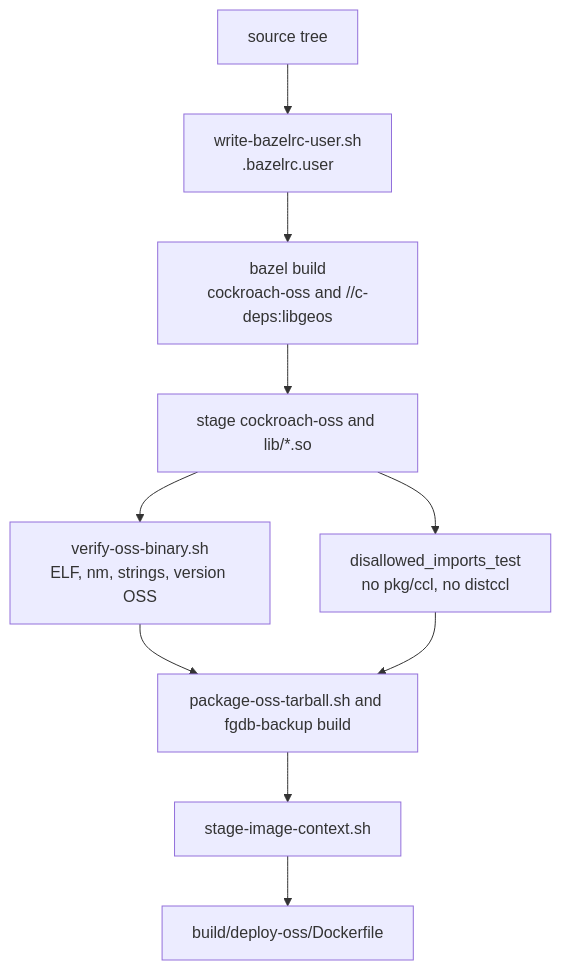
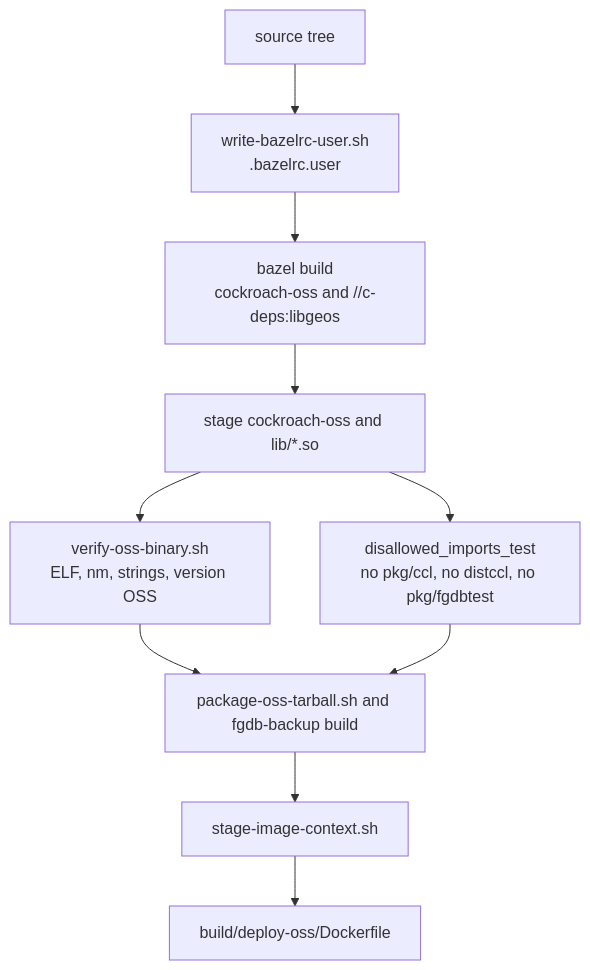
Before and after one commit to Future-Gadget-Laboratories/FutureGadgetDatabases: the diagram in docs/fgdb/architecture/build.md, drawn with Mermaid. The commit also changed other lines of this file and 2 other files, not shown here.

First line of the commit message:
Point the architecture follow-ups at the pages that exist on this stack.

````diff
--- a/docs/fgdb/architecture/build.md
+++ b/docs/fgdb/architecture/build.md
@@ -108,18 +108,18 @@
 ```mermaid
 flowchart TD
   src["source tree"]
   rc["write-bazelrc-user.sh<br/>.bazelrc.user"]
   bazel["bazel build<br/>cockroach-oss and //c-deps:libgeos"]
   stage["stage cockroach-oss and lib/*.so"]
-  imports["disallowed_imports_test<br/>no pkg/ccl, no distccl"]
+  imports["disallowed_imports_test<br/>no pkg/ccl, no distccl, no pkg/fgdbtest"]
   verify["verify-oss-binary.sh<br/>ELF, nm, strings, version OSS"]
   tar["package-oss-tarball.sh and fgdb-backup build"]
   ctx["stage-image-context.sh"]
   img["build/deploy-oss/Dockerfile"]
 
   src --> rc --> bazel --> stage
   stage --> imports
   stage --> verify
   verify --> tar --> ctx --> img
   imports --> tar
 ```
````
